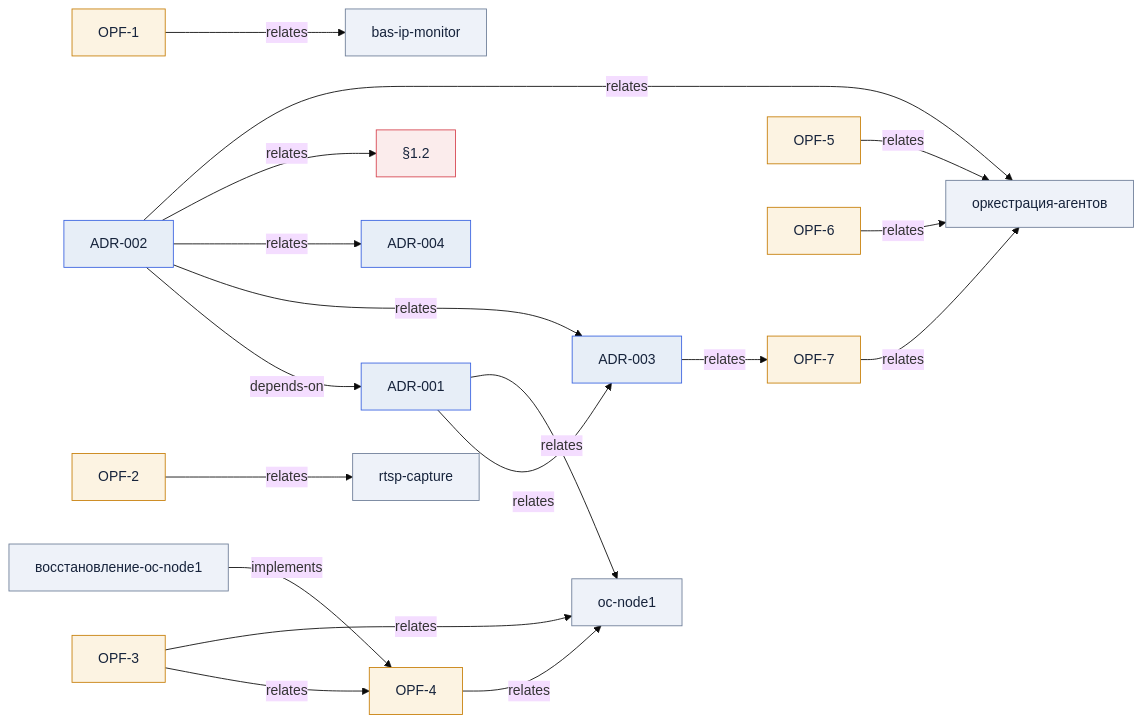
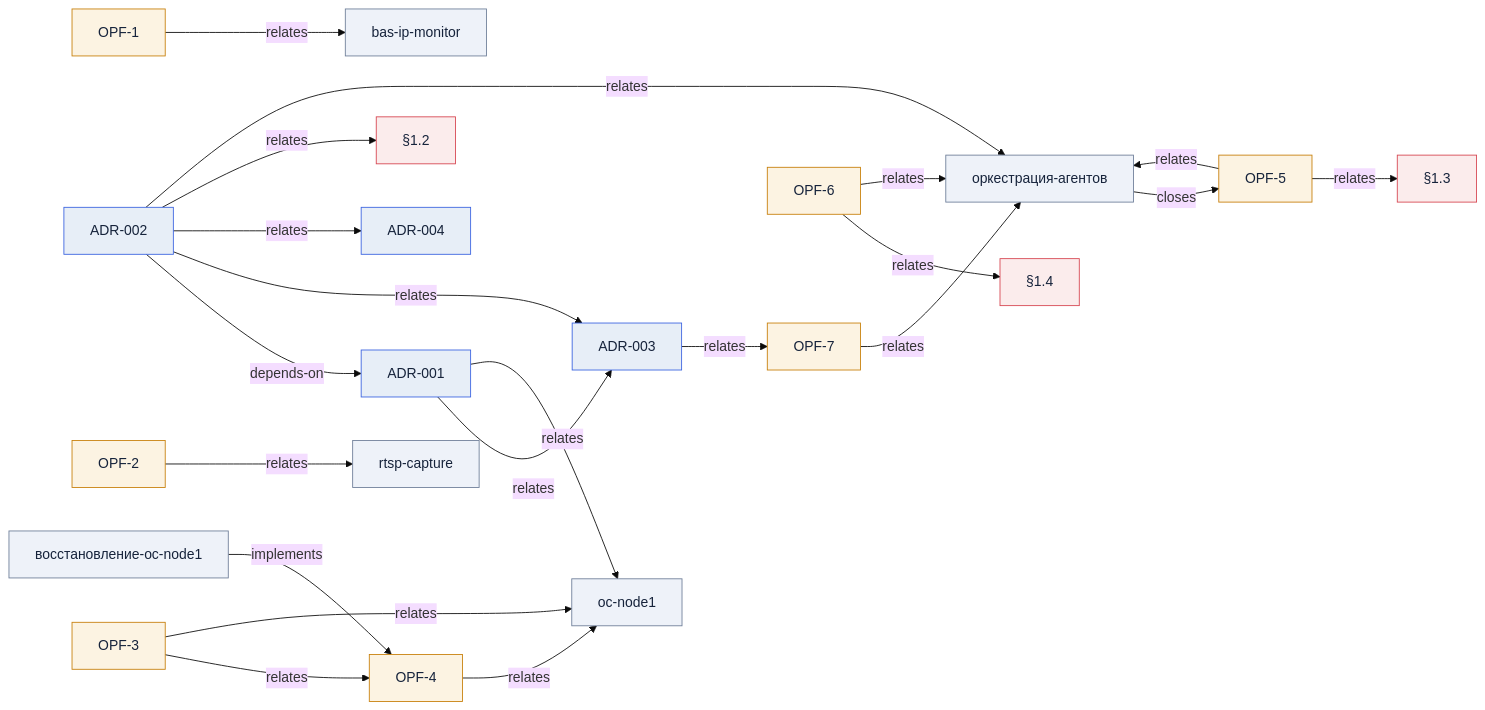
Before and after one commit to ikrajushkin/OpenClawAgentFarm: the diagram in docs/Граф-знаний.md, drawn with Mermaid (base theme). The commit also changed other lines of this file and 8 other files, not shown here.

````diff
--- a/docs/Граф-знаний.md
+++ b/docs/Граф-знаний.md
@@ -6,43 +6,48 @@
 ```mermaid
 graph LR
   n0["ADR-001"]:::adr
   n1["ADR-003"]:::adr
   n2["oc-node1"]:::concept
   n3["ADR-002"]:::adr
   n4["ADR-004"]:::adr
   n5["§1.2"]:::incident
   n6["оркестрация-агентов"]:::concept
   n7["OPF-7"]:::debt
   n8["OPF-1"]:::debt
   n9["bas-ip-monitor"]:::concept
   n10["OPF-2"]:::debt
   n11["rtsp-capture"]:::concept
   n12["OPF-3"]:::debt
   n13["OPF-4"]:::debt
   n14["OPF-5"]:::debt
-  n15["OPF-6"]:::debt
-  n16["восстановление-oc-node1"]:::concept
+  n15["§1.3"]:::incident
+  n16["OPF-6"]:::debt
+  n17["§1.4"]:::incident
+  n18["восстановление-oc-node1"]:::concept
   n0 -->|relates| n1
   n0 -->|relates| n2
   n3 -->|depends-on| n0
   n3 -->|relates| n1
   n3 -->|relates| n4
   n3 -->|relates| n5
   n3 -->|relates| n6
   n1 -->|relates| n7
   n8 -->|relates| n9
   n10 -->|relates| n11
   n12 -->|relates| n13
   n12 -->|relates| n2
   n13 -->|relates| n2
+  n14 -->|relates| n15
   n14 -->|relates| n6
-  n15 -->|relates| n6
+  n16 -->|relates| n17
+  n16 -->|relates| n6
   n7 -->|relates| n6
-  n16 -->|implements| n13
+  n18 -->|implements| n13
+  n6 -->|closes| n14
   classDef adr fill:#E7EEF7,stroke:#3A63E0,color:#16233B;
   classDef incident fill:#FBECEC,stroke:#D64550,color:#16233B;
   classDef debt fill:#FCF3E2,stroke:#C77F0A,color:#16233B;
   classDef sprint fill:#E4F5EC,stroke:#078A5A,color:#16233B;
   classDef req fill:#EDE7F7,stroke:#6A4FCF,color:#16233B;
   classDef concept fill:#EEF2F9,stroke:#6E7E98,color:#16233B;
 ```
````
